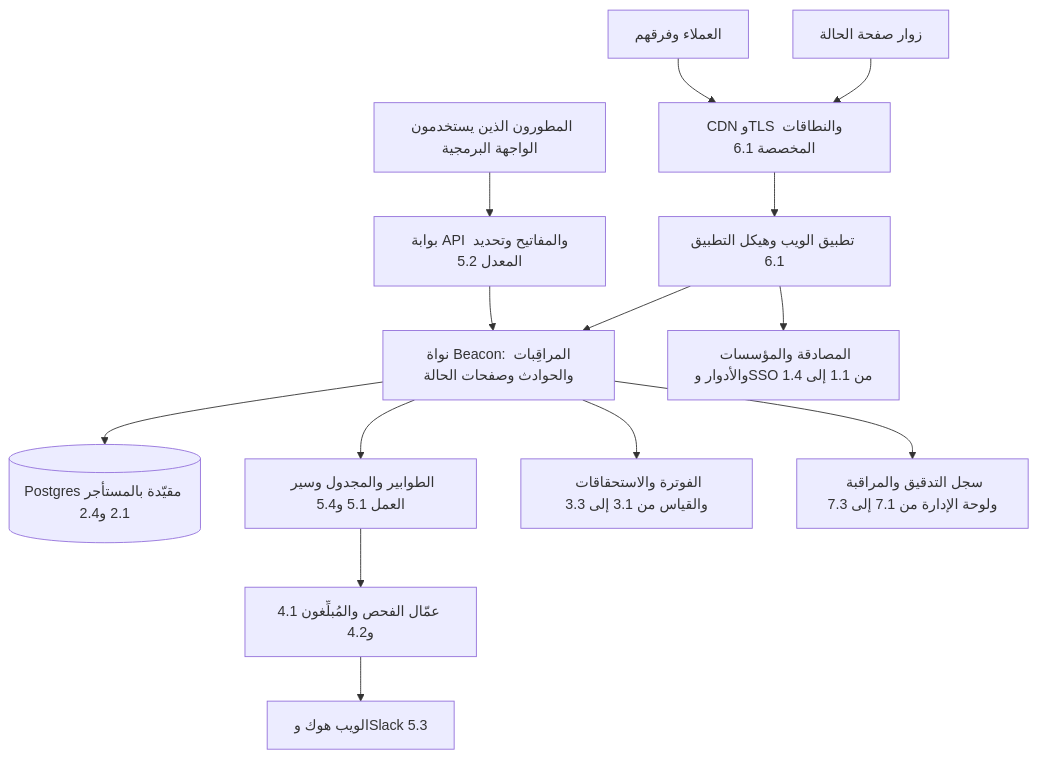
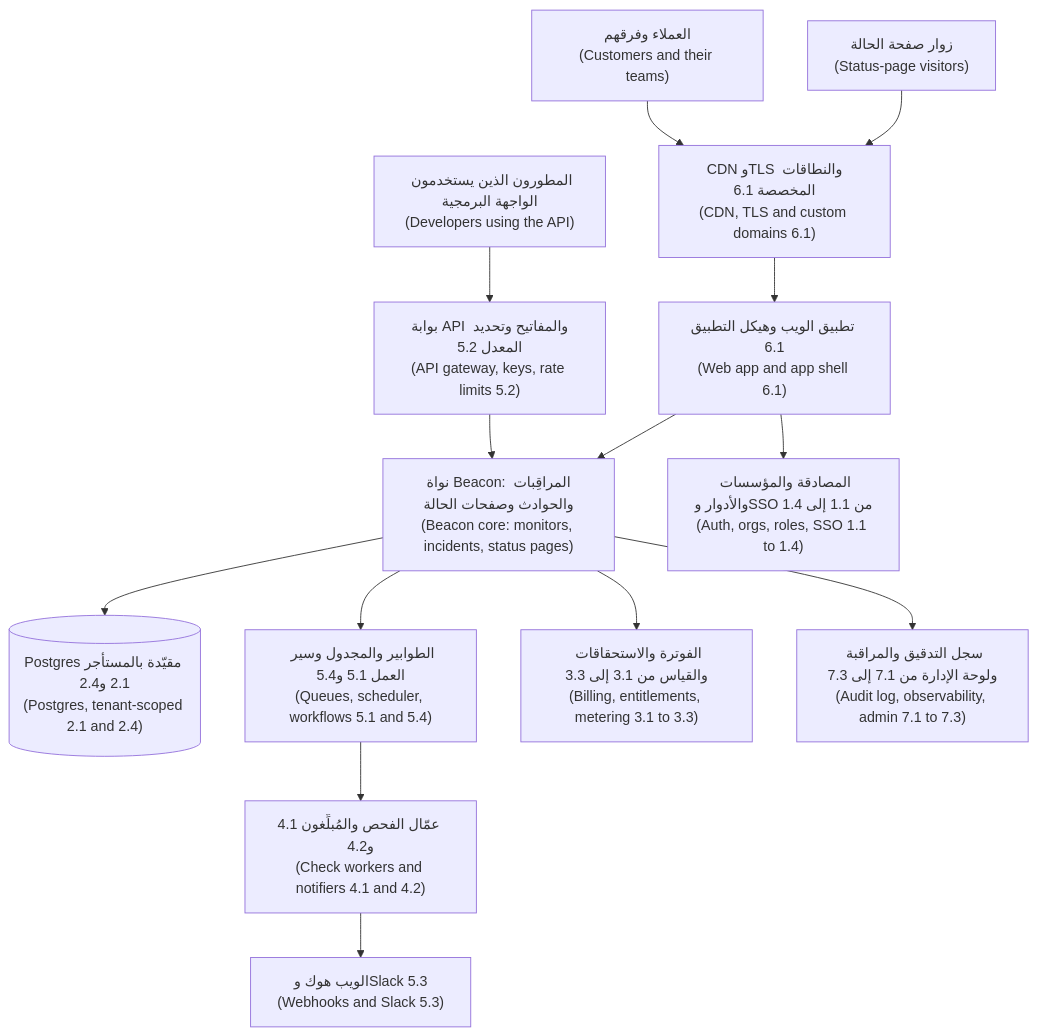
The first of 2 diagrams in saas/modules/09-capstone.ar.md (Tamoura/system-design-for-vibe-coders), drawn with Mermaid before and after one commit. The commit also changed other lines of this file and 62 other files, not shown here.

First line of the commit message:
Arabic editions: English on every diagram label, RTL fixes, rebuild

````diff
--- a/saas/modules/09-capstone.ar.md
+++ b/saas/modules/09-capstone.ar.md
@@ -53,16 +53,16 @@
 ```mermaid
 flowchart TD
-    U["العملاء وفرقهم"] --> EDGE["CDN وTLS والنطاقات المخصصة 6.1"]
-    SUB["زوار صفحة الحالة"] --> EDGE
-    DEV["المطورون الذين يستخدمون الواجهة البرمجية"] --> GW["بوابة API والمفاتيح وتحديد المعدل 5.2"]
-    EDGE --> APP["تطبيق الويب وهيكل التطبيق 6.1"]
-    GW --> CORE["نواة Beacon: المراقِبات والحوادث وصفحات الحالة"]
-    APP --> AUTH["المصادقة والمؤسسات والأدوار وSSO من 1.1 إلى 1.4"]
+    U["العملاء وفرقهم<br/>(Customers and their teams)"] --> EDGE["CDN وTLS والنطاقات المخصصة 6.1<br/>(CDN, TLS and custom domains 6.1)"]
+    SUB["زوار صفحة الحالة<br/>(Status-page visitors)"] --> EDGE
+    DEV["المطورون الذين يستخدمون الواجهة البرمجية<br/>(Developers using the API)"] --> GW["بوابة API والمفاتيح وتحديد المعدل 5.2<br/>(API gateway, keys, rate limits 5.2)"]
+    EDGE --> APP["تطبيق الويب وهيكل التطبيق 6.1<br/>(Web app and app shell 6.1)"]
+    GW --> CORE["نواة Beacon: المراقِبات والحوادث وصفحات الحالة<br/>(Beacon core: monitors, incidents, status pages)"]
+    APP --> AUTH["المصادقة والمؤسسات والأدوار وSSO من 1.1 إلى 1.4<br/>(Auth, orgs, roles, SSO 1.1 to 1.4)"]
     APP --> CORE
-    CORE --> DB[("Postgres مقيّدة بالمستأجر 2.1 و2.4")]
-    CORE --> Q["الطوابير والمجدول وسير العمل 5.1 و5.4"]
-    Q --> W["عمّال الفحص والمُبلِّغون 4.1 و4.2"]
-    W --> OUT["الويب هوك وSlack 5.3"]
-    CORE --> BILL["الفوترة والاستحقاقات والقياس من 3.1 إلى 3.3"]
-    CORE --> OPS["سجل التدقيق والمراقبة ولوحة الإدارة من 7.1 إلى 7.3"]
+    CORE --> DB[("Postgres مقيّدة بالمستأجر 2.1 و2.4<br/>(Postgres, tenant-scoped 2.1 and 2.4)")]
+    CORE --> Q["الطوابير والمجدول وسير العمل 5.1 و5.4<br/>(Queues, scheduler, workflows 5.1 and 5.4)"]
+    Q --> W["عمّال الفحص والمُبلِّغون 4.1 و4.2<br/>(Check workers and notifiers 4.1 and 4.2)"]
+    W --> OUT["الويب هوك وSlack 5.3<br/>(Webhooks and Slack 5.3)"]
+    CORE --> BILL["الفوترة والاستحقاقات والقياس من 3.1 إلى 3.3<br/>(Billing, entitlements, metering 3.1 to 3.3)"]
+    CORE --> OPS["سجل التدقيق والمراقبة ولوحة الإدارة من 7.1 إلى 7.3<br/>(Audit log, observability, admin 7.1 to 7.3)"]
 ```
````
